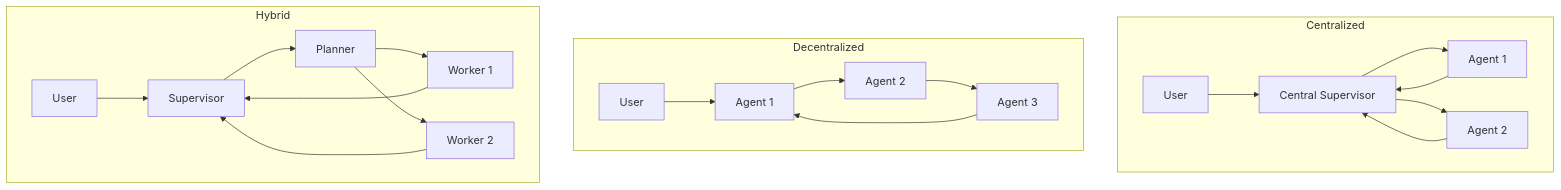
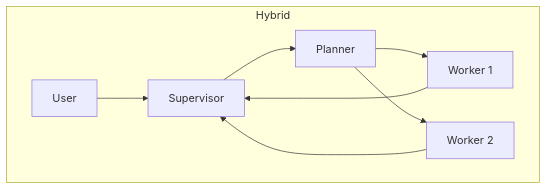
One commit to woliveiras/woliveiras.github.io changed the fourth of 7 diagrams in src/content/blog/building-multi-agent-systems-architectures-coordination-protocols-orchestration.mdx. Above: the diagram before and after it, drawn with Mermaid. The commit also changed other lines of this file, not shown here.

Commit message:
chore: update post

````diff
--- a/src/content/blog/building-multi-agent-systems-architectures-coordination-protocols-orchestration.mdx
+++ b/src/content/blog/building-multi-agent-systems-architectures-coordination-protocols-orchestration.mdx
@@ -138,40 +163,16 @@
 ```mermaid
-%%{init: {"themeVariables": { "fontSize": "16px" }}}%%
 graph TD
-  subgraph Centralized
-    CUser[User]
-    CSuper[Central Supervisor]
-    CAgent1[Agent 1]
-    CAgent2[Agent 2]
-    CUser --> CSuper
-    CSuper --> CAgent1
-    CSuper --> CAgent2
-    CAgent1 --> CSuper
-    CAgent2 --> CSuper
-  end
-
-  subgraph Decentralized
-    DUser[User]
-    DAgent1[Agent 1]
-    DAgent2[Agent 2]
-    DAgent3[Agent 3]
-    DUser --> DAgent1
-    DAgent1 --> DAgent2
-    DAgent2 --> DAgent3
-    DAgent3 --> DAgent1
-  end
-
   subgraph Hybrid
     HUser[User]
     HSuper[Supervisor]
     HPlanner[Planner]
     HWorker1[Worker 1]
     HWorker2[Worker 2]
     HUser --> HSuper
     HSuper --> HPlanner
     HPlanner --> HWorker1
     HPlanner --> HWorker2
     HWorker1 --> HSuper
     HWorker2 --> HSuper
   end
 ```
````
